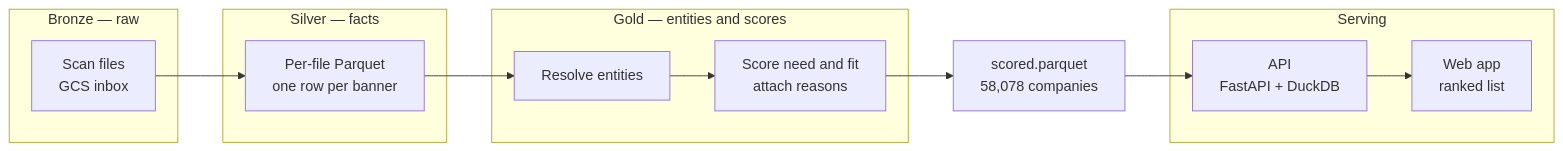
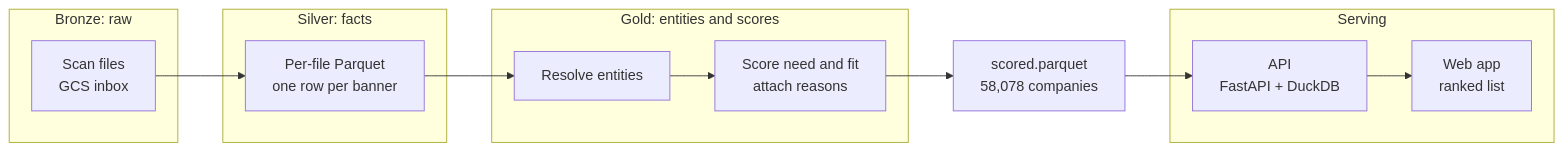
Before and after one commit to hirargb/sales-intelligence-platform: the first of 5 diagrams in ARCHITECTURE.md, drawn with Mermaid. The commit also changed other lines of this file and 2 other files, not shown here.

````diff
--- a/ARCHITECTURE.md
+++ b/ARCHITECTURE.md
@@ -27,17 +26,17 @@
 ```mermaid
 flowchart LR
-  subgraph Bronze["Bronze — raw"]
+  subgraph Bronze["Bronze: raw"]
     A["Scan files<br/>GCS inbox"]
   end
-  subgraph Silver["Silver — facts"]
+  subgraph Silver["Silver: facts"]
     B["Per-file Parquet<br/>one row per banner"]
   end
-  subgraph Gold["Gold — entities and scores"]
+  subgraph Gold["Gold: entities and scores"]
     C["Resolve entities"] --> D["Score need and fit<br/>attach reasons"]
   end
   subgraph Serve["Serving"]
     E["API<br/>FastAPI + DuckDB"] --> F["Web app<br/>ranked list"]
   end
   A --> B --> C
   D --> G["scored.parquet<br/>58,078 companies"] --> E
 ```
````
